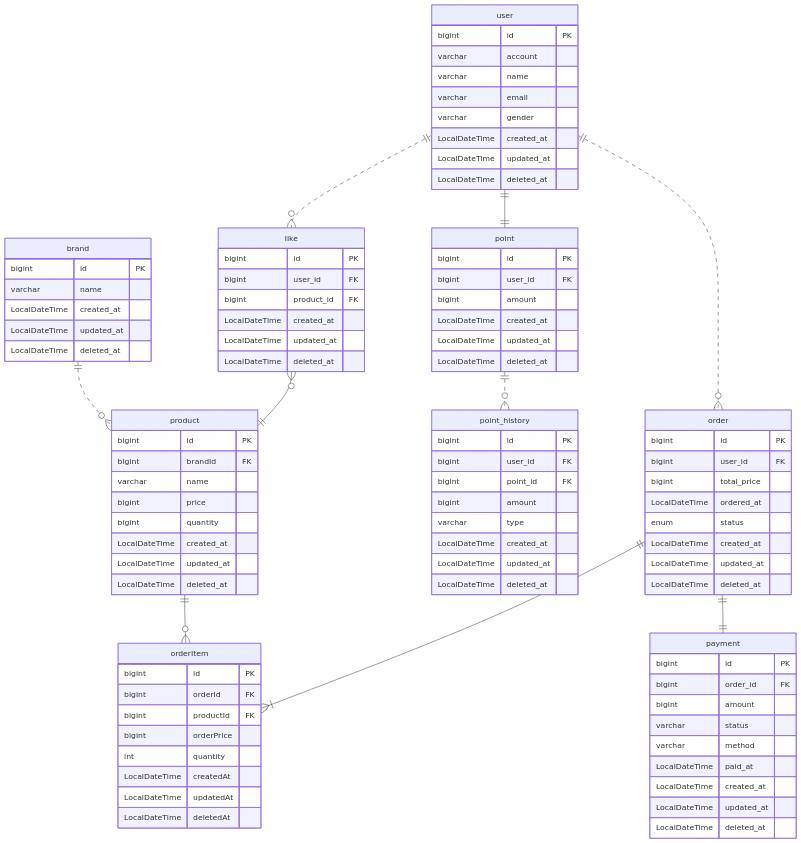
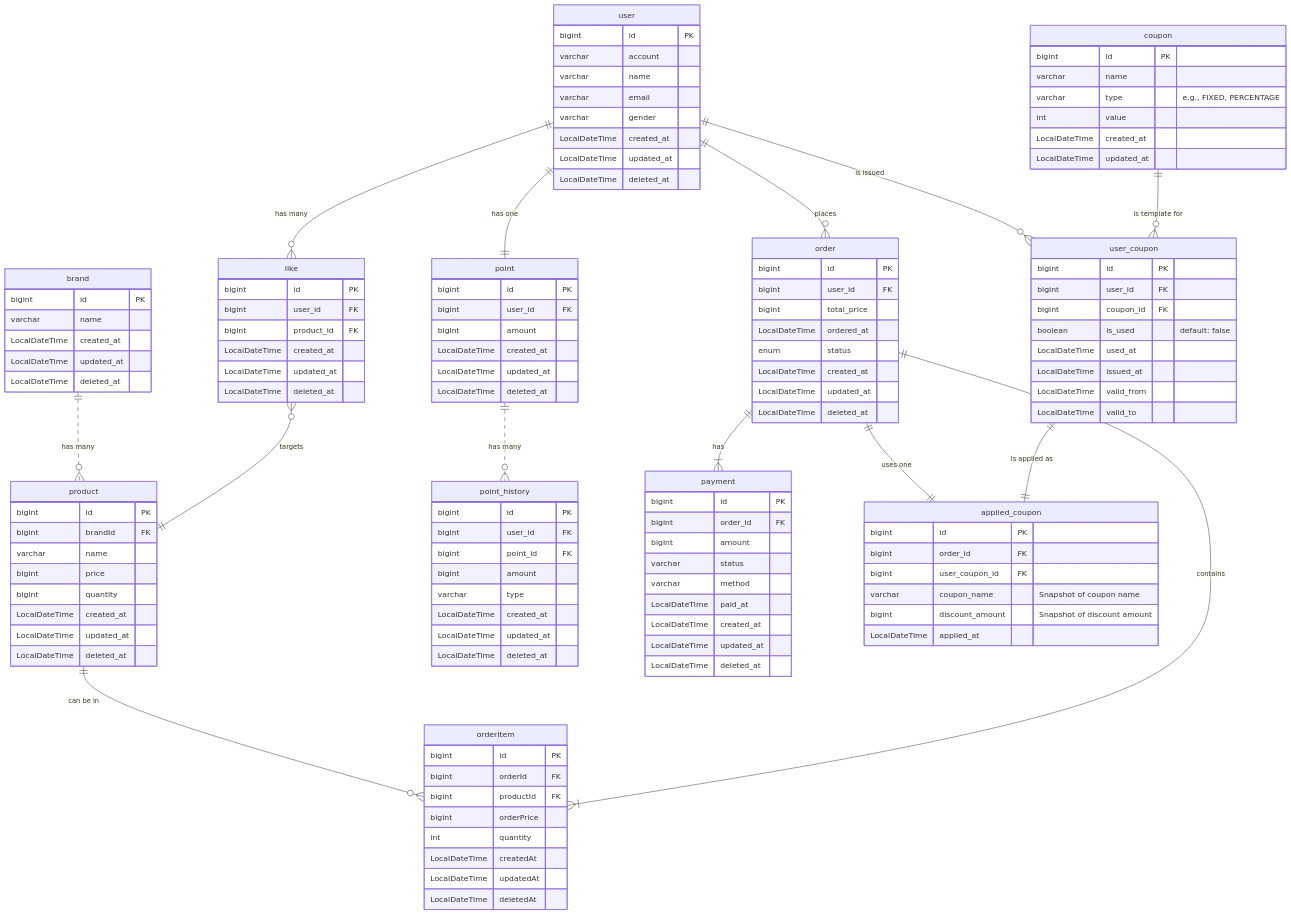
Before and after one commit to moonjin-kim/door-commerce: the diagram in docs/design/04-erd.md, drawn with Mermaid. The commit also changed 63 other files, not shown here.

````diff
--- a/docs/design/04-erd.md
+++ b/docs/design/04-erd.md
@@ -82,17 +82,46 @@
         int quantity
         LocalDateTime createdAt
         LocalDateTime updatedAt
-        LocalDateTime deletedAt 
+        LocalDateTime deletedAt
+    }
+    coupon {
+        bigint id PK
+        varchar name
+        varchar type "e.g., FIXED, PERCENTAGE"
+        int value
+        LocalDateTime created_at
+        LocalDateTime updated_at
+    }
+    user_coupon {
+        bigint id PK
+        bigint user_id FK
+        bigint coupon_id FK
+        boolean is_used "default: false"
+        LocalDateTime used_at
+        LocalDateTime issued_at
+        LocalDateTime valid_from
+        LocalDateTime valid_to
+    }
+    applied_coupon {
+        bigint id PK
+        bigint order_id FK
+        bigint user_coupon_id FK
+        varchar coupon_name "Snapshot of coupon name"
+        bigint discount_amount "Snapshot of discount amount"
+        LocalDateTime applied_at
     }
 
-    user ||..o{ like : ""
-    user ||..o{ order : ""
-    user ||--|| point : ""
-    point ||..o{ point_history : ""
-    brand ||..o{ product : ""
-    product ||--o{ orderItem : ""
-    like }o--|| product : ""
-    order ||--|{ orderItem : ""
-    order ||--|| payment : ""
-    
+    user ||--o{ like : "has many"
+    user ||--o{ order : "places"
+    user ||--o{ user_coupon : "is issued"
+    user ||--|| point : "has one"
+    point ||..o{ point_history : "has many"
+    brand ||..o{ product : "has many"
+    product ||--o{ orderItem : "can be in"
+    like }o--|| product : "targets"
+    order ||--|{ orderItem : "contains"
+    order ||--|{ payment : "has"
+    order ||--|| applied_coupon : "uses one"
+    coupon ||--o{ user_coupon : "is template for"
+    user_coupon ||--|| applied_coupon : "is applied as"
 ```
````
